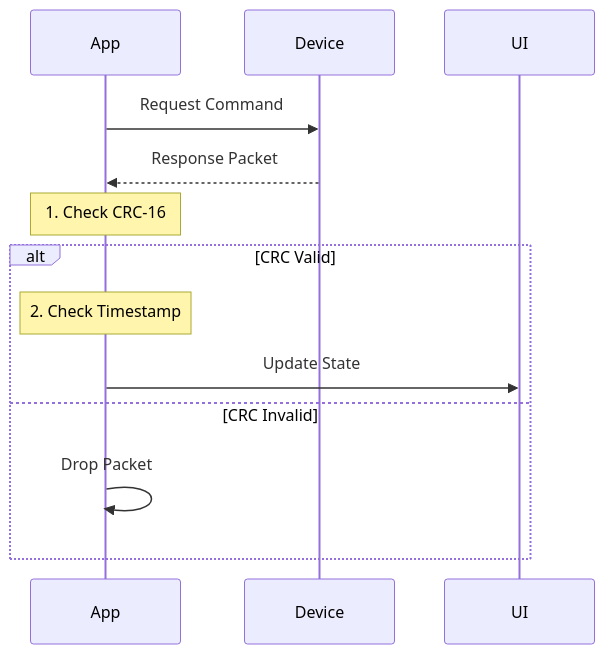
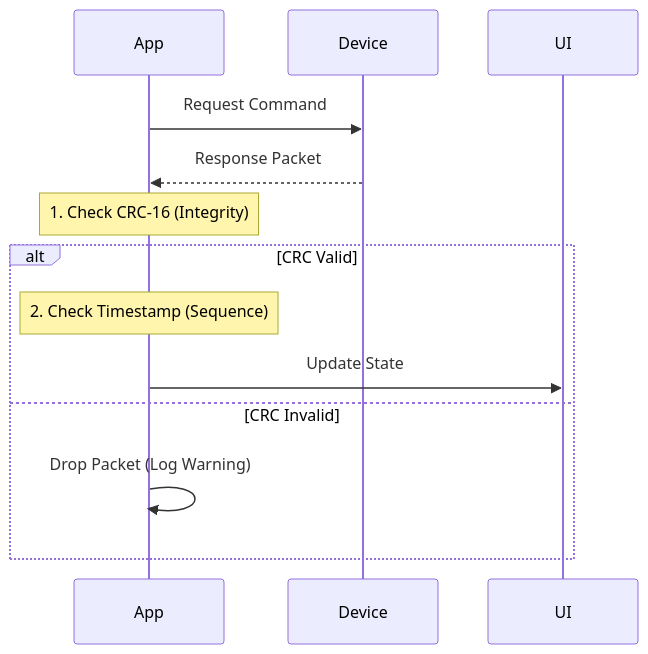
One commit to jayyaj12/portfolio changed the first of 2 diagrams in ble-rnd/index.md. Above: the diagram before and after it, drawn with Mermaid. The commit also changed other lines of this file, not shown here.

```diff
--- a/ble-rnd/index.md
+++ b/ble-rnd/index.md
@@ -43,14 +48,14 @@
 <div class="mermaid">
 sequenceDiagram
     participant App
     participant Device
     App->>Device: Request Command
     Device-->>App: Response Packet
-    Note over App: 1. Check CRC-16
+    Note over App: 1. Check CRC-16 (Integrity)
     alt CRC Valid
-        Note over App: 2. Check Timestamp
+        Note over App: 2. Check Timestamp (Sequence)
         App->>UI: Update State
     else CRC Invalid
-        App->>App: Drop Packet
+        App->>App: Drop Packet (Log Warning)
     end
 </div>
```
